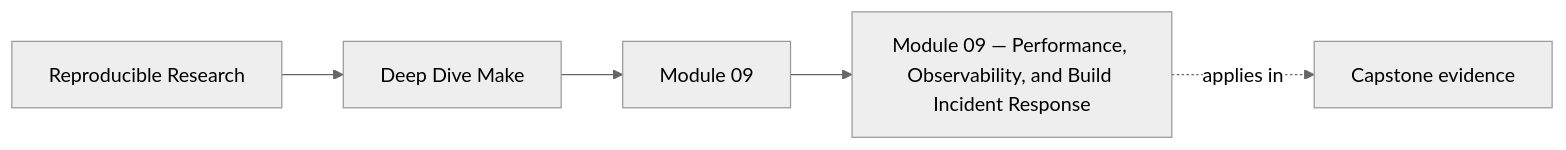
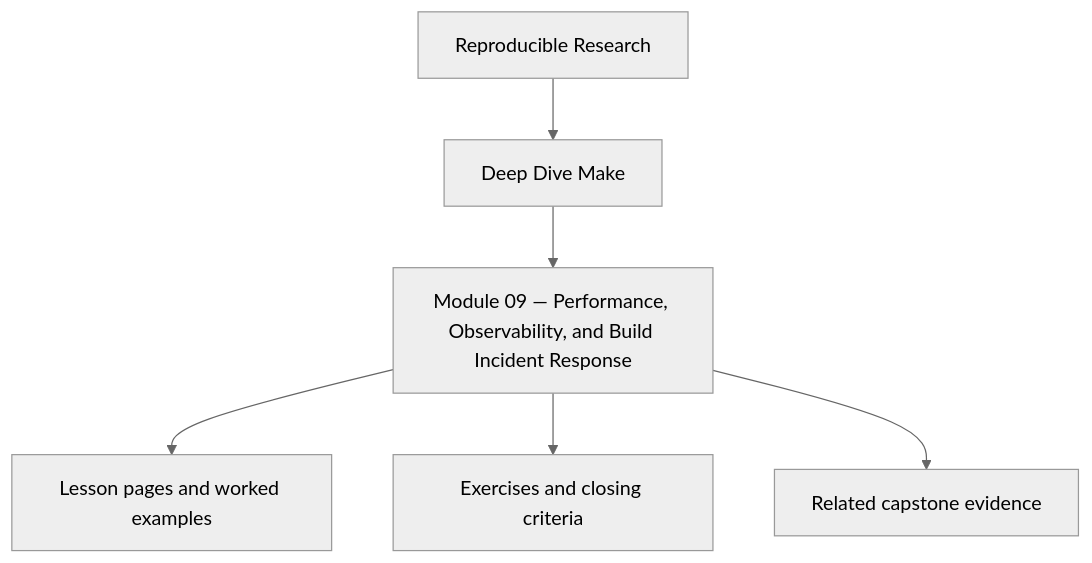
One commit to bijux/bijux-masterclass changed the first of 2 diagrams in programs/reproducible-research/deep-dive-make/course-book/module-09-performance-observability-and-build-incident-response/index.md. Above: the diagram before and after it, drawn with Mermaid (neutral theme). The commit also changed other lines of this file and 10 other files, not shown here.

Commit message:
docs(deep-dive-make): reposition module overview diagrams

````diff
--- a/programs/reproducible-research/deep-dive-make/course-book/module-09-performance-observability-and-build-incident-response/index.md
+++ b/programs/reproducible-research/deep-dive-make/course-book/module-09-performance-observability-and-build-incident-response/index.md
@@ -9,11 +9,8 @@
 ```mermaid
-graph LR
-  family["Reproducible Research"]
-  program["Deep Dive Make"]
-  section["Module 09"]
-  page["Module 09 — Performance, Observability, and Build Incident Response"]
-  capstone["Capstone evidence"]
-
-  family --> program --> section --> page
-  page -.applies in.-> capstone
+flowchart TD
+  family["Reproducible Research"] --> program["Deep Dive Make"]
+  program --> module["Module 09 — Performance, Observability, and Build Incident Response"]
+  module --> lessons["Lesson pages and worked examples"]
+  module --> checkpoints["Exercises and closing criteria"]
+  module --> capstone["Related capstone evidence"]
 ```
````
